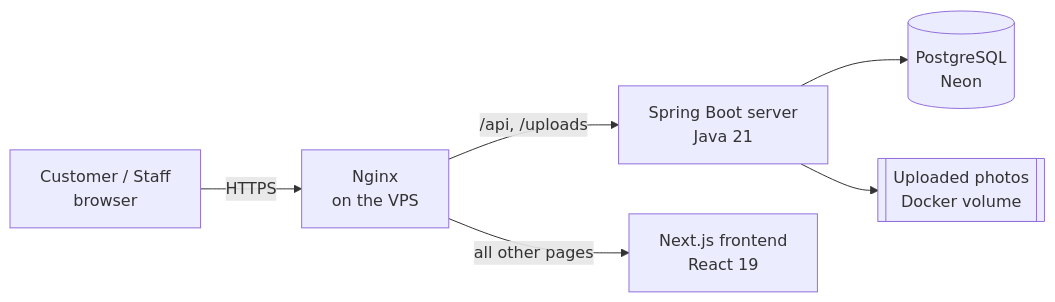
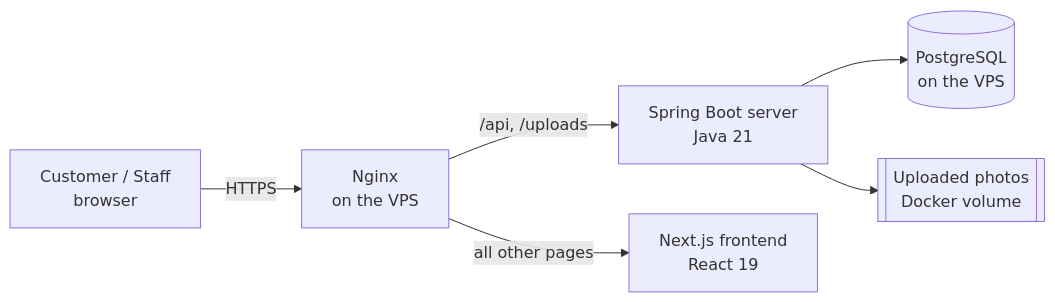
Before and after one commit to HasanKazem22/Raspollob: the first of 4 diagrams in README.md, drawn with Mermaid. The commit also changed other lines of this file and 6 other files, not shown here.

````diff
--- a/README.md
+++ b/README.md
@@ -46,8 +46,8 @@
 ```mermaid
 flowchart LR
     U[Customer / Staff<br/>browser] -->|HTTPS| N[Nginx<br/>on the VPS]
     N -->|/api, /uploads| S[Spring Boot server<br/>Java 21]
     N -->|all other pages| G[Next.js frontend<br/>React 19]
-    S --> D[(PostgreSQL<br/>Neon)]
+    S --> D[(PostgreSQL<br/>on the VPS)]
     S --> F[[Uploaded photos<br/>Docker volume]]
 ```
````
